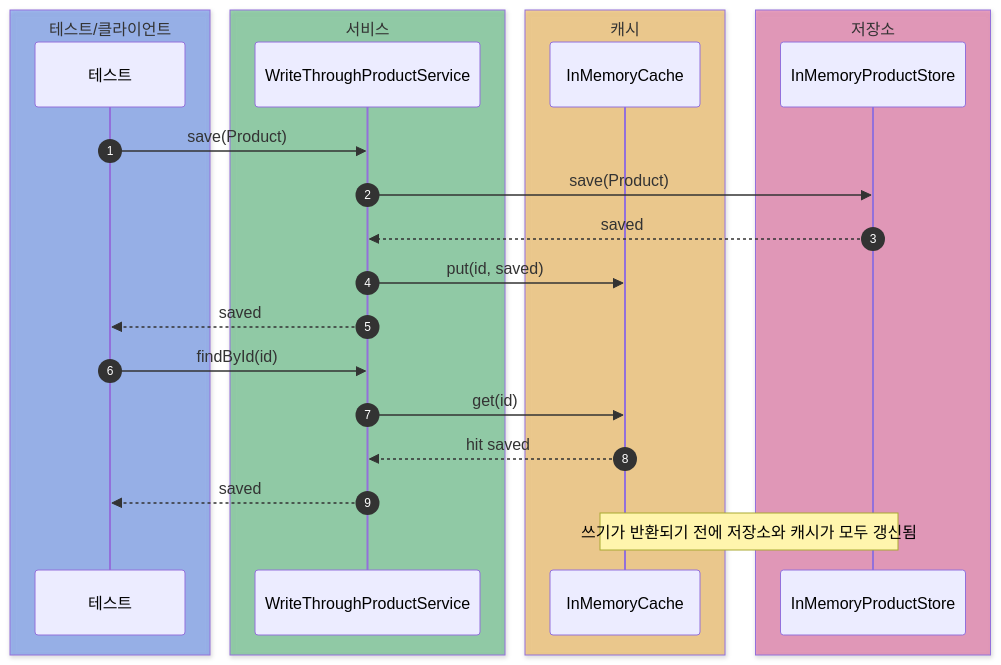
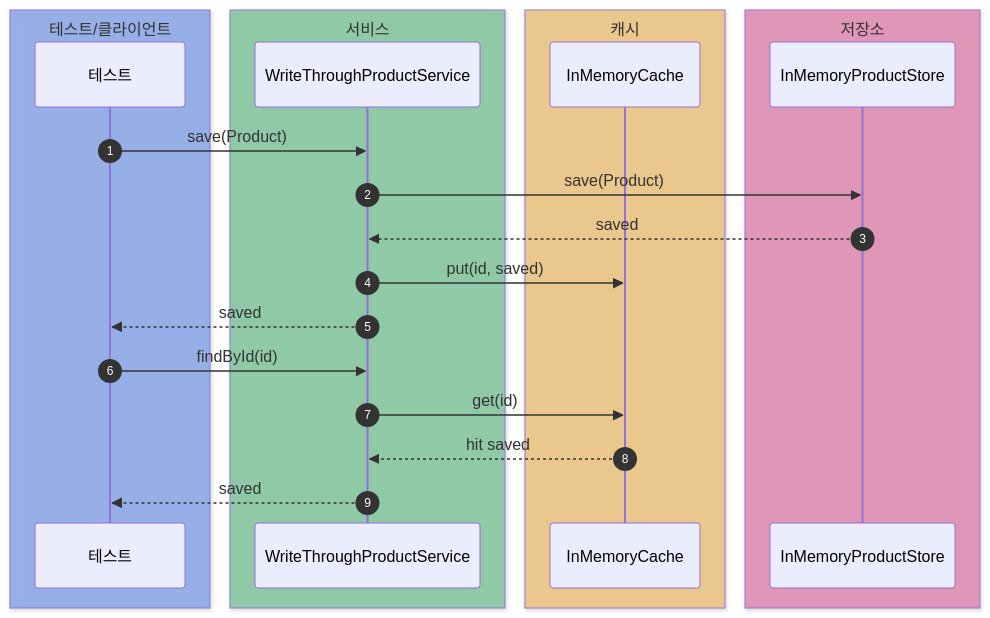
One commit to HJC96/deep-dive changed the fourth of 6 diagrams in labs/cache-patterns/README.md. Above: the diagram before and after it, drawn with Mermaid. The commit also changed other lines of this file and 17 other files, not shown here.

````diff
--- a/labs/cache-patterns/README.md
+++ b/labs/cache-patterns/README.md
@@ -251,29 +311,27 @@
 ```mermaid
 sequenceDiagram
     autonumber
     box rgba(37, 99, 235, 0.40) 테스트/클라이언트
     participant Test as 테스트
     end
     box rgba(22, 163, 74, 0.40) 서비스
     participant Service as WriteThroughProductService
     end
     box rgba(245, 158, 11, 0.40) 캐시
     participant Cache as InMemoryCache
     end
     box rgba(219, 39, 119, 0.40) 저장소
     participant Store as InMemoryProductStore
     end
 
     Test->>Service: save(Product)
     Service->>Store: save(Product)
     Store-->>Service: saved
     Service->>Cache: put(id, saved)
     Service-->>Test: saved
 
     Test->>Service: findById(id)
     Service->>Cache: get(id)
     Cache-->>Service: hit saved
     Service-->>Test: saved
-
-    Note over Cache,Store: 쓰기가 반환되기 전에 저장소와 캐시가 모두 갱신됨
 ```
````
